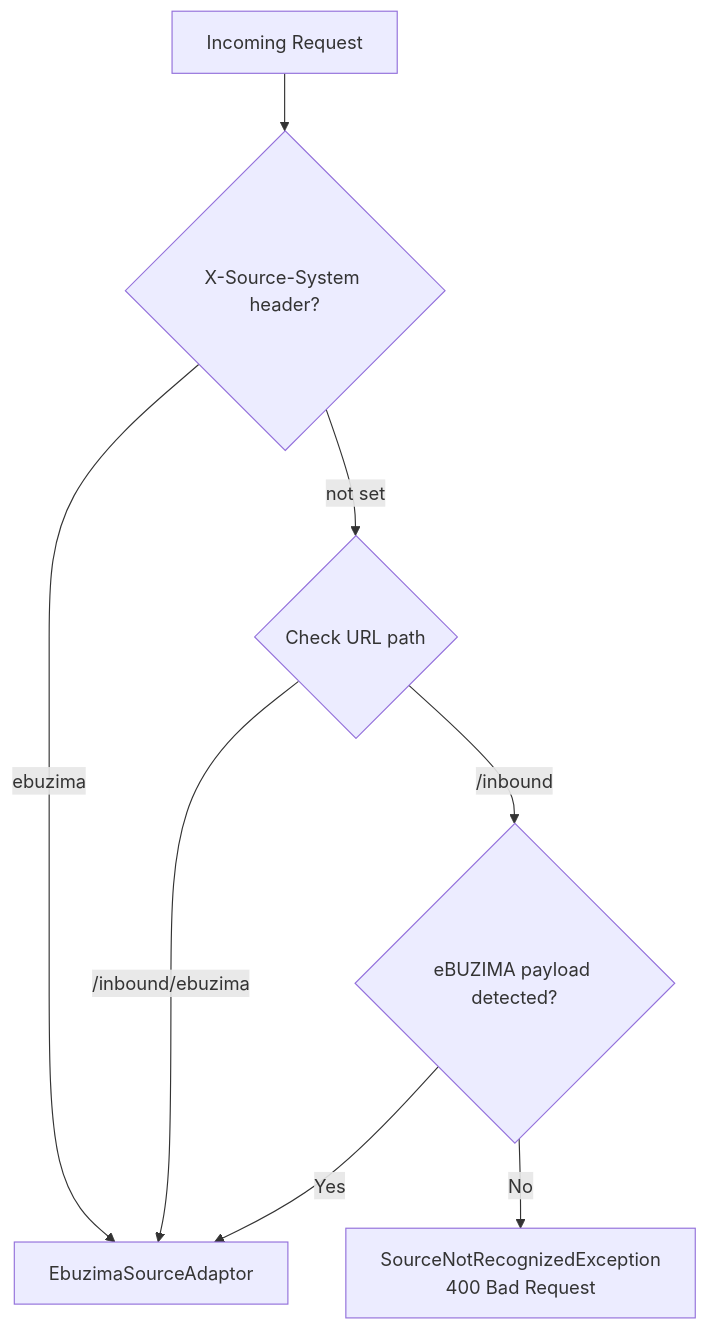
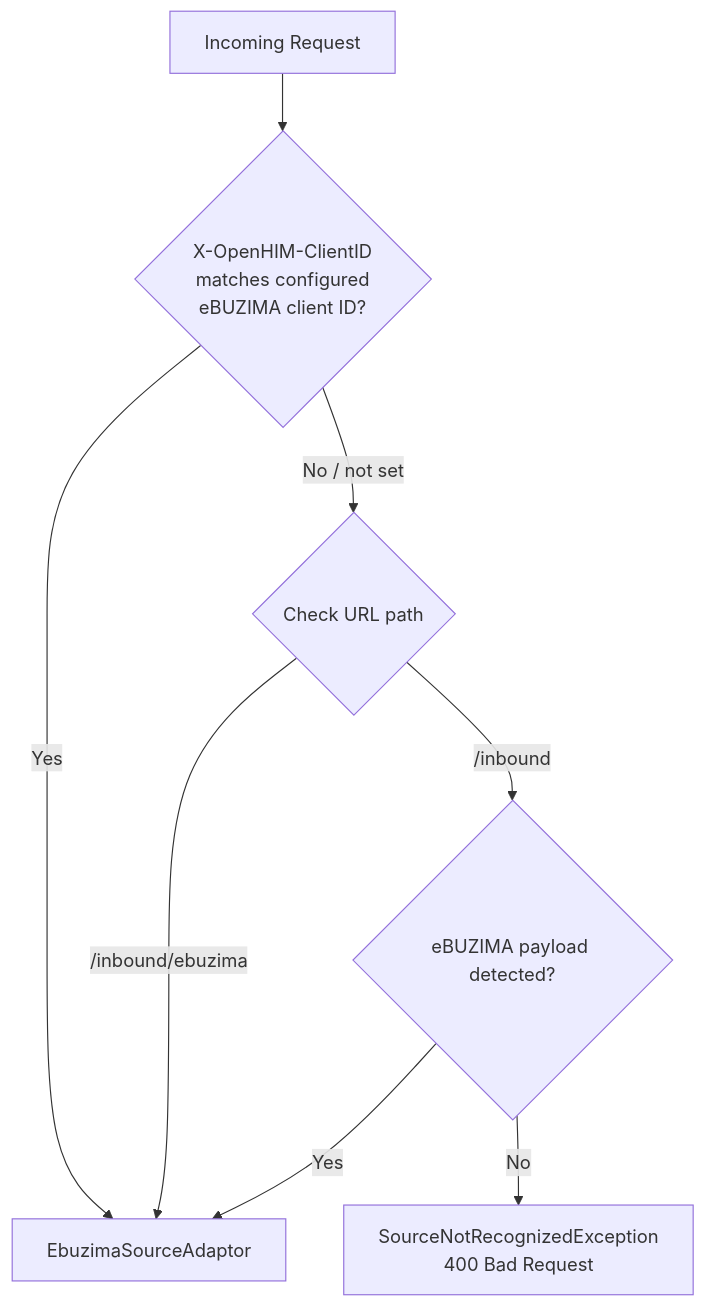
Before and after one commit to Jayaprakash8887/openhim-cce-emitter-adaptor: the fourth of 4 diagrams in docs/high-level-design.md, drawn with Mermaid. The commit also changed 7 other files, not shown here.

````diff
--- a/docs/high-level-design.md
+++ b/docs/high-level-design.md
@@ -183,13 +183,13 @@
 ```mermaid
 flowchart TD
-    A[Incoming Request] --> B{X-Source-System header?}
+    A[Incoming Request] --> B{X-OpenHIM-ClientID<br/>matches configured<br/>eBUZIMA client ID?}
 
-    B -->|ebuzima| C[EbuzimaSourceAdaptor]
-    B -->|not set| G{Check URL path}
+    B -->|Yes| C[EbuzimaSourceAdaptor]
+    B -->|No / not set| G{Check URL path}
 
     G -->|/inbound/ebuzima| C
     G -->|/inbound| H{eBUZIMA payload detected?}
 
     H -->|Yes| C
     H -->|No| J[SourceNotRecognizedException<br/>400 Bad Request]
 ```
````
